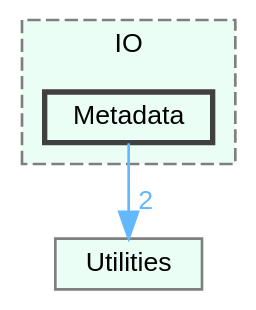
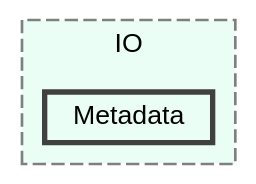
Before and after one commit to GGGJaen/GGGJaen.github.io: the diagram in DevDocs/dir_27da1043000b55fe704521afb4d7105b_dep.dot, drawn with Graphviz. The commit also changed 503 other files, not shown here.

```diff
--- a/DevDocs/dir_27da1043000b55fe704521afb4d7105b_dep.dot
+++ b/DevDocs/dir_27da1043000b55fe704521afb4d7105b_dep.dot
@@ -1,14 +1,12 @@
 digraph "C:/GEU/GEUCore/Source/IO/Metadata"
 {
  // LATEX_PDF_SIZE
   bgcolor="transparent";
   edge [fontname=Helvetica,fontsize=10,labelfontname=Helvetica,labelfontsize=10];
   node [fontname=Helvetica,fontsize=10,shape=box,height=0.2,width=0.4];
   compound=true
   subgraph clusterdir_3c3c6b6eb1652c0454092c25623ff2b4 {
     graph [ bgcolor="#ebfef5", pencolor="grey50", label="IO", fontname=Helvetica,fontsize=10 style="filled,dashed", URL="dir_3c3c6b6eb1652c0454092c25623ff2b4.html",tooltip=""]
   dir_27da1043000b55fe704521afb4d7105b [label="Metadata", fillcolor="#ebfef5", color="grey25", style="filled,bold", URL="dir_27da1043000b55fe704521afb4d7105b.html",tooltip=""];
   }
-  dir_ba98d1c57f2db257d685d96c8633f8b6 [label="Utilities", fillcolor="#ebfef5", color="grey50", style="filled", URL="dir_ba98d1c57f2db257d685d96c8633f8b6.html",tooltip=""];
-  dir_27da1043000b55fe704521afb4d7105b->dir_ba98d1c57f2db257d685d96c8633f8b6 [headlabel="2", labeldistance=1.5 headhref="dir_000024_000057.html" href="dir_000024_000057.html" color="steelblue1" fontcolor="steelblue1"];
 }
```
